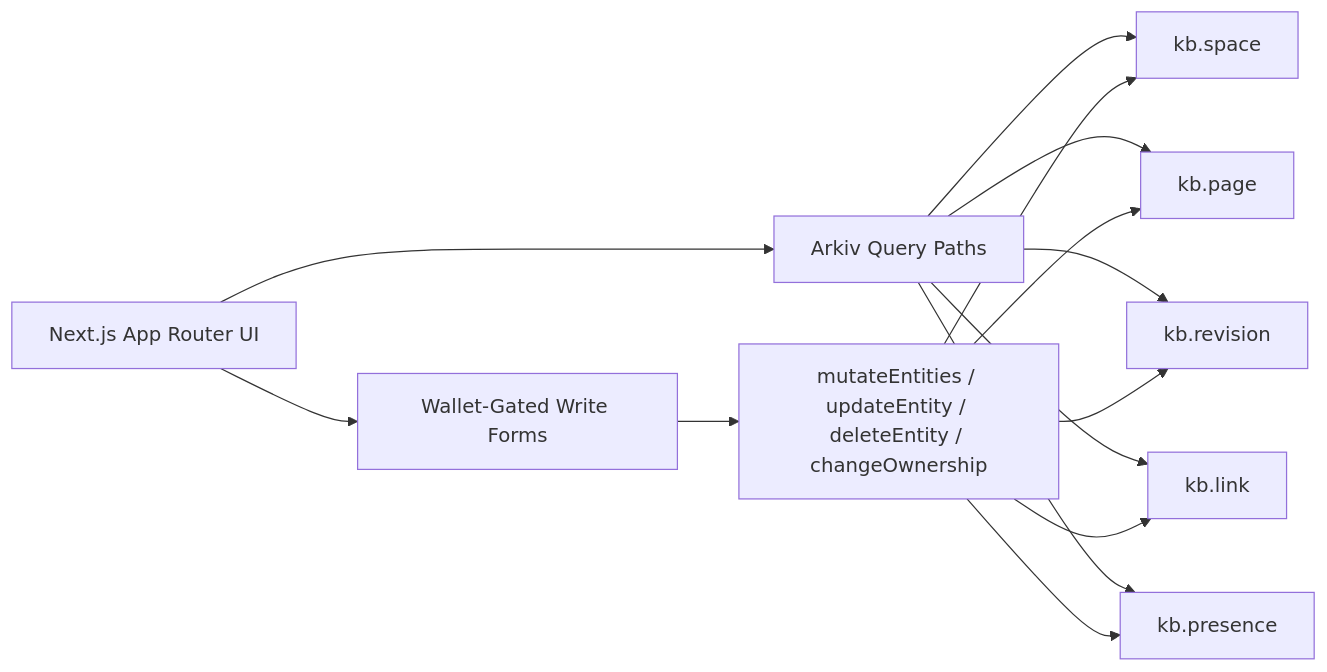
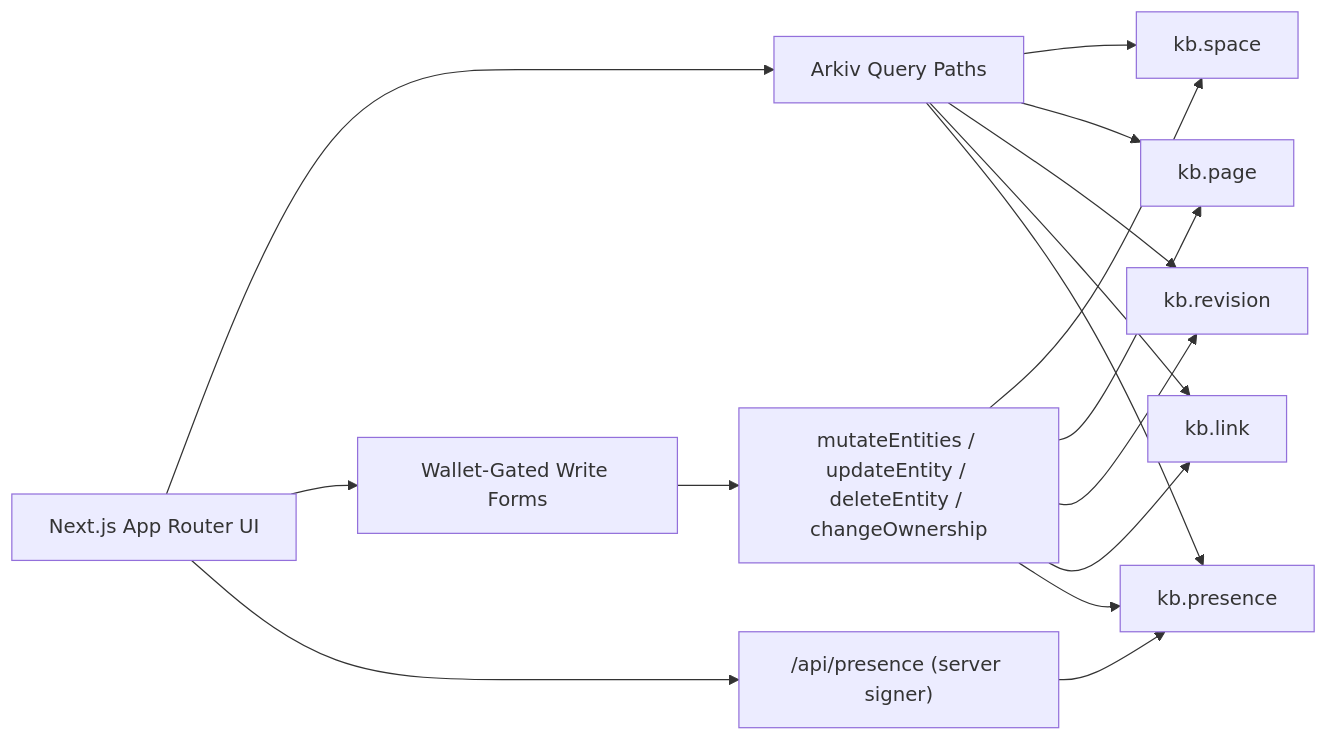
Before and after one commit to TomasCImach/arkiv-knowledge: the diagram in README.md, drawn with Mermaid. The commit also changed other lines of this file and 11 other files, not shown here.

Commit message:
Add server-signed presence handling

````diff
--- a/README.md
+++ b/README.md
@@ -24,16 +25,18 @@
 ```mermaid
 flowchart LR
   UI["Next.js App Router UI"] --> Q["Arkiv Query Paths"]
   UI --> W["Wallet-Gated Write Forms"]
+  UI --> PAPI["/api/presence (server signer)"]
   Q --> S["kb.space"]
   Q --> P["kb.page"]
   Q --> R["kb.revision"]
   Q --> L["kb.link"]
   Q --> PR["kb.presence"]
   W --> M["mutateEntities / updateEntity / deleteEntity / changeOwnership"]
+  PAPI --> PR
   M --> S
   M --> P
   M --> R
   M --> L
   M --> PR
 ```
````
